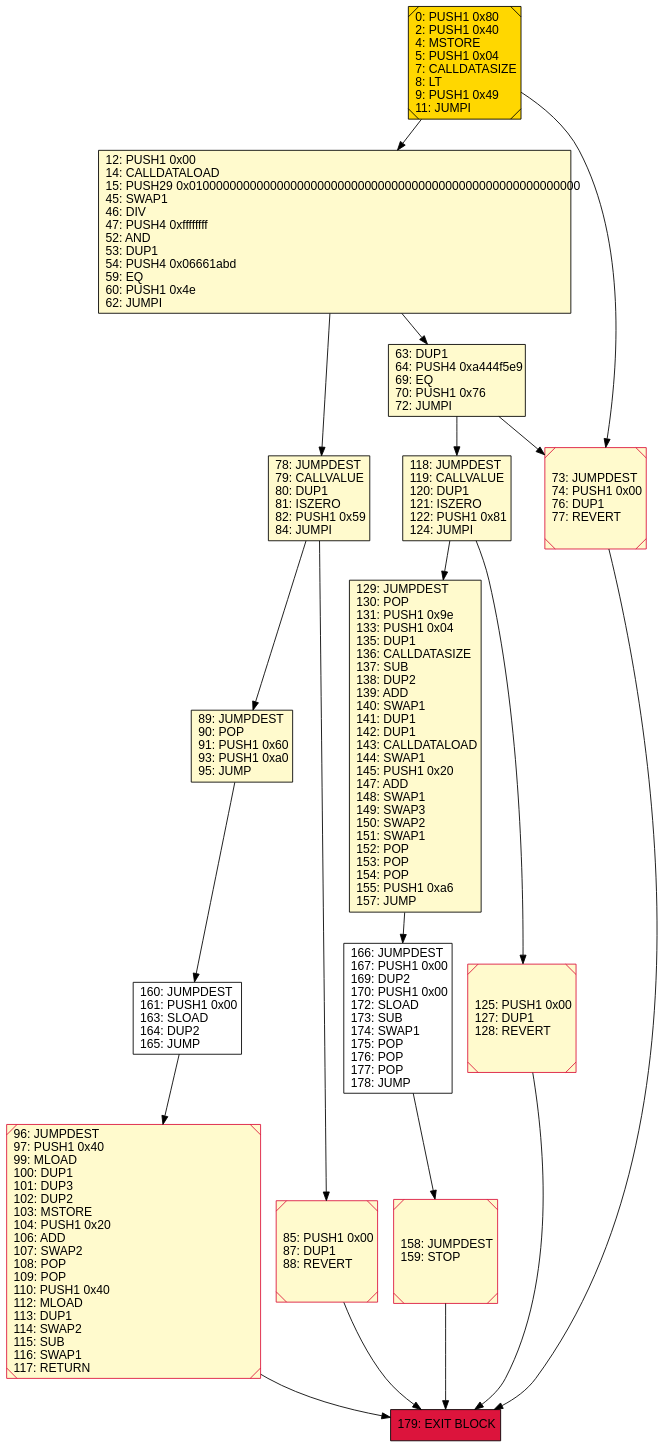
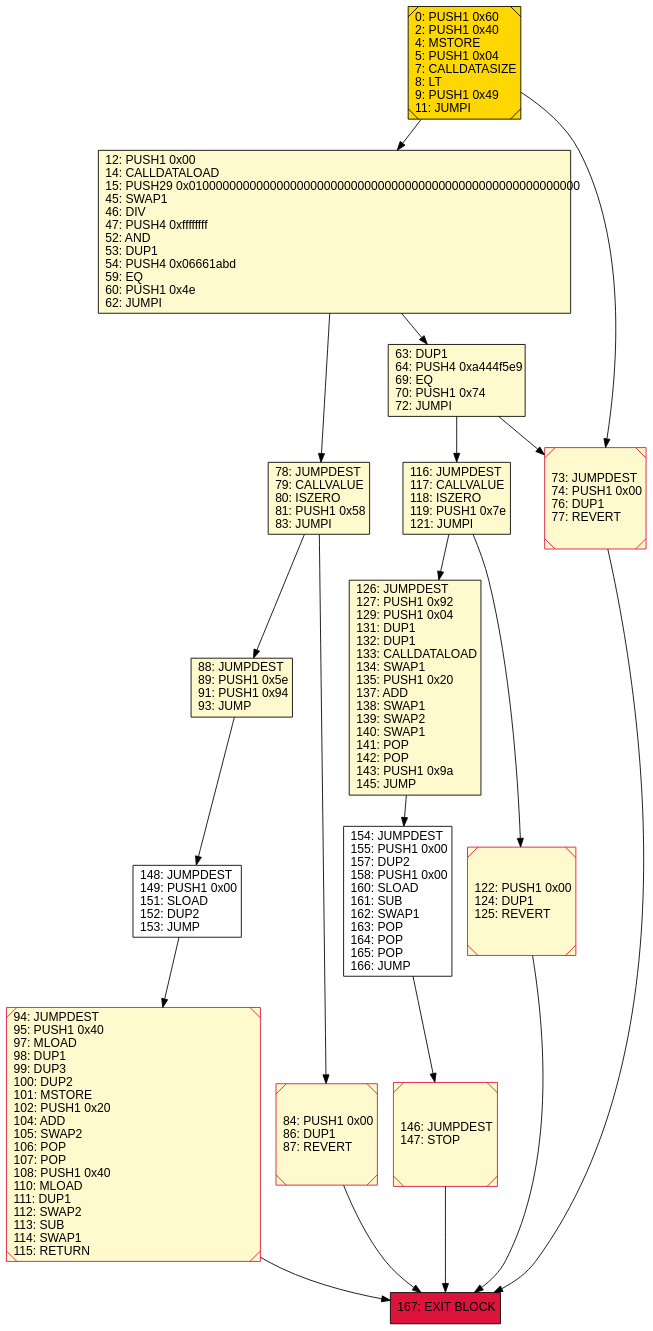
One commit to Witnull/ProjectMando changed the diagram in experiments/ge-sc-data/byte_code/smartbugs/creation/graphs/arithmetic/clean_60_buggy_curated_0/integer_overflow_benign_1-IntegerOverflowBenign1.dot. Above: the diagram before and after it, drawn with Graphviz. The commit also changed 4797 other files, not shown here.

Commit message:
add infos and fix for byte code control flow graph gen

```diff
--- a/experiments/ge-sc-data/byte_code/smartbugs/creation/graphs/arithmetic/clean_60_buggy_curated_0/integer_overflow_benign_1-IntegerOverflowBenign1.dot
+++ b/experiments/ge-sc-data/byte_code/smartbugs/creation/graphs/arithmetic/clean_60_buggy_curated_0/integer_overflow_benign_1-IntegerOverflowBenign1.dot
@@ -1,38 +1,38 @@
 digraph G {
 bgcolor=transparent rankdir=UD;
 node [shape=box style=filled color=black fillcolor=white fontname=arial fontcolor=black];
-0 [label="0: PUSH1 0x80\l2: PUSH1 0x40\l4: MSTORE\l5: PUSH1 0x04\l7: CALLDATASIZE\l8: LT\l9: PUSH1 0x49\l11: JUMPI\l" fillcolor=lemonchiffon shape=Msquare fillcolor=gold ];
+148 [label="148: JUMPDEST\l149: PUSH1 0x00\l151: SLOAD\l152: DUP2\l153: JUMP\l" ];
+126 [label="126: JUMPDEST\l127: PUSH1 0x92\l129: PUSH1 0x04\l131: DUP1\l132: DUP1\l133: CALLDATALOAD\l134: SWAP1\l135: PUSH1 0x20\l137: ADD\l138: SWAP1\l139: SWAP2\l140: SWAP1\l141: POP\l142: POP\l143: PUSH1 0x9a\l145: JUMP\l" fillcolor=lemonchiffon ];
+146 [label="146: JUMPDEST\l147: STOP\l" fillcolor=lemonchiffon shape=Msquare color=crimson ];
 12 [label="12: PUSH1 0x00\l14: CALLDATALOAD\l15: PUSH29 0x0100000000000000000000000000000000000000000000000000000000\l45: SWAP1\l46: DIV\l47: PUSH4 0xffffffff\l52: AND\l53: DUP1\l54: PUSH4 0x06661abd\l59: EQ\l60: PUSH1 0x4e\l62: JUMPI\l" fillcolor=lemonchiffon ];
-166 [label="166: JUMPDEST\l167: PUSH1 0x00\l169: DUP2\l170: PUSH1 0x00\l172: SLOAD\l173: SUB\l174: SWAP1\l175: POP\l176: POP\l177: POP\l178: JUMP\l" ];
-158 [label="158: JUMPDEST\l159: STOP\l" fillcolor=lemonchiffon shape=Msquare color=crimson ];
+167 [label="167: EXIT BLOCK\l" fillcolor=crimson ];
+88 [label="88: JUMPDEST\l89: PUSH1 0x5e\l91: PUSH1 0x94\l93: JUMP\l" fillcolor=lemonchiffon ];
 73 [label="73: JUMPDEST\l74: PUSH1 0x00\l76: DUP1\l77: REVERT\l" fillcolor=lemonchiffon shape=Msquare color=crimson ];
-89 [label="89: JUMPDEST\l90: POP\l91: PUSH1 0x60\l93: PUSH1 0xa0\l95: JUMP\l" fillcolor=lemonchiffon ];
-118 [label="118: JUMPDEST\l119: CALLVALUE\l120: DUP1\l121: ISZERO\l122: PUSH1 0x81\l124: JUMPI\l" fillcolor=lemonchiffon ];
-160 [label="160: JUMPDEST\l161: PUSH1 0x00\l163: SLOAD\l164: DUP2\l165: JUMP\l" ];
-78 [label="78: JUMPDEST\l79: CALLVALUE\l80: DUP1\l81: ISZERO\l82: PUSH1 0x59\l84: JUMPI\l" fillcolor=lemonchiffon ];
-179 [label="179: EXIT BLOCK\l" fillcolor=crimson ];
-96 [label="96: JUMPDEST\l97: PUSH1 0x40\l99: MLOAD\l100: DUP1\l101: DUP3\l102: DUP2\l103: MSTORE\l104: PUSH1 0x20\l106: ADD\l107: SWAP2\l108: POP\l109: POP\l110: PUSH1 0x40\l112: MLOAD\l113: DUP1\l114: SWAP2\l115: SUB\l116: SWAP1\l117: RETURN\l" fillcolor=lemonchiffon shape=Msquare color=crimson ];
-85 [label="85: PUSH1 0x00\l87: DUP1\l88: REVERT\l" fillcolor=lemonchiffon shape=Msquare color=crimson ];
-129 [label="129: JUMPDEST\l130: POP\l131: PUSH1 0x9e\l133: PUSH1 0x04\l135: DUP1\l136: CALLDATASIZE\l137: SUB\l138: DUP2\l139: ADD\l140: SWAP1\l141: DUP1\l142: DUP1\l143: CALLDATALOAD\l144: SWAP1\l145: PUSH1 0x20\l147: ADD\l148: SWAP1\l149: SWAP3\l150: SWAP2\l151: SWAP1\l152: POP\l153: POP\l154: POP\l155: PUSH1 0xa6\l157: JUMP\l" fillcolor=lemonchiffon ];
-63 [label="63: DUP1\l64: PUSH4 0xa444f5e9\l69: EQ\l70: PUSH1 0x76\l72: JUMPI\l" fillcolor=lemonchiffon ];
-125 [label="125: PUSH1 0x00\l127: DUP1\l128: REVERT\l" fillcolor=lemonchiffon shape=Msquare color=crimson ];
-96 -> 179;
+116 [label="116: JUMPDEST\l117: CALLVALUE\l118: ISZERO\l119: PUSH1 0x7e\l121: JUMPI\l" fillcolor=lemonchiffon ];
+94 [label="94: JUMPDEST\l95: PUSH1 0x40\l97: MLOAD\l98: DUP1\l99: DUP3\l100: DUP2\l101: MSTORE\l102: PUSH1 0x20\l104: ADD\l105: SWAP2\l106: POP\l107: POP\l108: PUSH1 0x40\l110: MLOAD\l111: DUP1\l112: SWAP2\l113: SUB\l114: SWAP1\l115: RETURN\l" fillcolor=lemonchiffon shape=Msquare color=crimson ];
+0 [label="0: PUSH1 0x60\l2: PUSH1 0x40\l4: MSTORE\l5: PUSH1 0x04\l7: CALLDATASIZE\l8: LT\l9: PUSH1 0x49\l11: JUMPI\l" fillcolor=lemonchiffon shape=Msquare fillcolor=gold ];
+154 [label="154: JUMPDEST\l155: PUSH1 0x00\l157: DUP2\l158: PUSH1 0x00\l160: SLOAD\l161: SUB\l162: SWAP1\l163: POP\l164: POP\l165: POP\l166: JUMP\l" ];
+84 [label="84: PUSH1 0x00\l86: DUP1\l87: REVERT\l" fillcolor=lemonchiffon shape=Msquare color=crimson ];
+63 [label="63: DUP1\l64: PUSH4 0xa444f5e9\l69: EQ\l70: PUSH1 0x74\l72: JUMPI\l" fillcolor=lemonchiffon ];
+122 [label="122: PUSH1 0x00\l124: DUP1\l125: REVERT\l" fillcolor=lemonchiffon shape=Msquare color=crimson ];
+78 [label="78: JUMPDEST\l79: CALLVALUE\l80: ISZERO\l81: PUSH1 0x58\l83: JUMPI\l" fillcolor=lemonchiffon ];
+146 -> 167;
+78 -> 84;
+148 -> 94;
+116 -> 126;
+94 -> 167;
+73 -> 167;
+88 -> 148;
+12 -> 63;
+126 -> 154;
+84 -> 167;
+154 -> 146;
+78 -> 88;
 0 -> 12;
-160 -> 96;
-166 -> 158;
-118 -> 129;
-78 -> 85;
-85 -> 179;
-0 -> 73;
-63 -> 118;
-118 -> 125;
-125 -> 179;
+116 -> 122;
 12 -> 78;
 63 -> 73;
-158 -> 179;
-78 -> 89;
-129 -> 166;
-12 -> 63;
-89 -> 160;
-73 -> 179;
+63 -> 116;
+0 -> 73;
+122 -> 167;
 }
```
